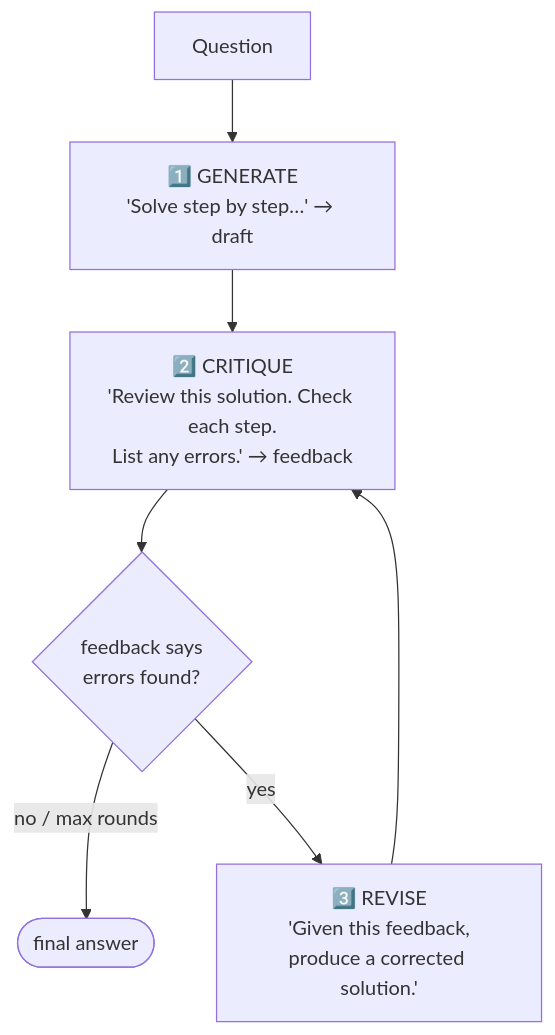
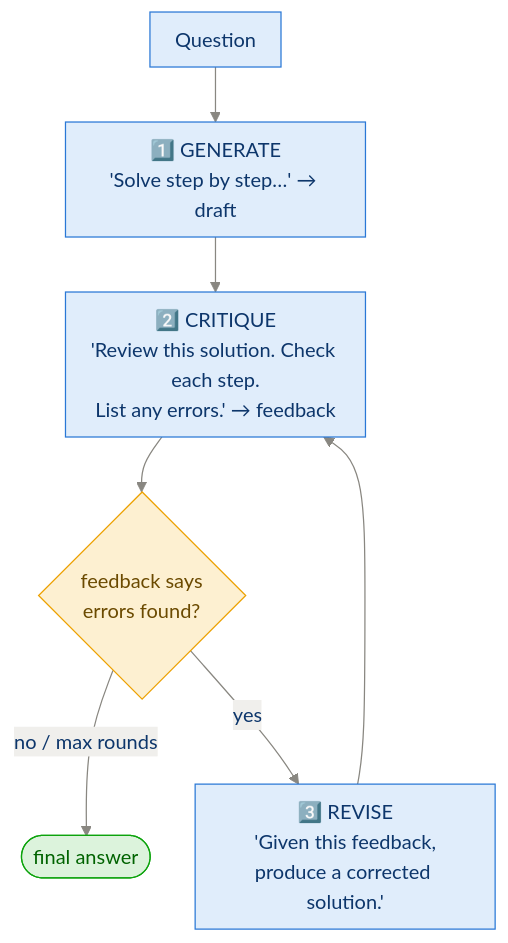
One commit to sudhanshu-shivam-dev/reasoning_model_from_scratch changed the second of 4 diagrams in study_guide/ch05_self_refinement.md. Above: the diagram before and after it, drawn with Mermaid. The commit also changed other lines of this file and 14 other files, not shown here.

First line of the commit message:
Restyle all 54 diagrams: consistent palette, semantic colors, better spacing

````diff
--- a/study_guide/ch05_self_refinement.md
+++ b/study_guide/ch05_self_refinement.md
@@ -41,9 +46,14 @@
 ```mermaid
+%%{init: {"theme":"base","themeVariables":{"primaryColor":"#e0edfb","primaryTextColor":"#0d366b","primaryBorderColor":"#2a78d6","lineColor":"#898781","textColor":"#52514e","edgeLabelBackground":"#f0efec","clusterBkg":"rgba(137,135,129,0.07)","clusterBorder":"#a9a7a0","titleColor":"#898781"},"flowchart":{"nodeSpacing":36,"rankSpacing":44,"curve":"basis","padding":10}}}%%
 flowchart TB
     Q["Question"] --> GEN["1️⃣ GENERATE<br/>'Solve step by step…' → draft"]
     GEN --> CRIT["2️⃣ CRITIQUE<br/>'Review this solution. Check each step.<br/>List any errors.' → feedback"]
     CRIT --> DEC{"feedback says<br/>errors found?"}
     DEC -- "no / max rounds" --> OUT(["final answer"])
     DEC -- yes --> REV["3️⃣ REVISE<br/>'Given this feedback,<br/>produce a corrected solution.'"]
     REV --> CRIT
+    classDef dec fill:#fdf0d1,stroke:#eda100,color:#6b4a00
+    classDef good fill:#dcf3dc,stroke:#0ca30c,color:#006300
+    class DEC dec
+    class OUT good
 ```
````
